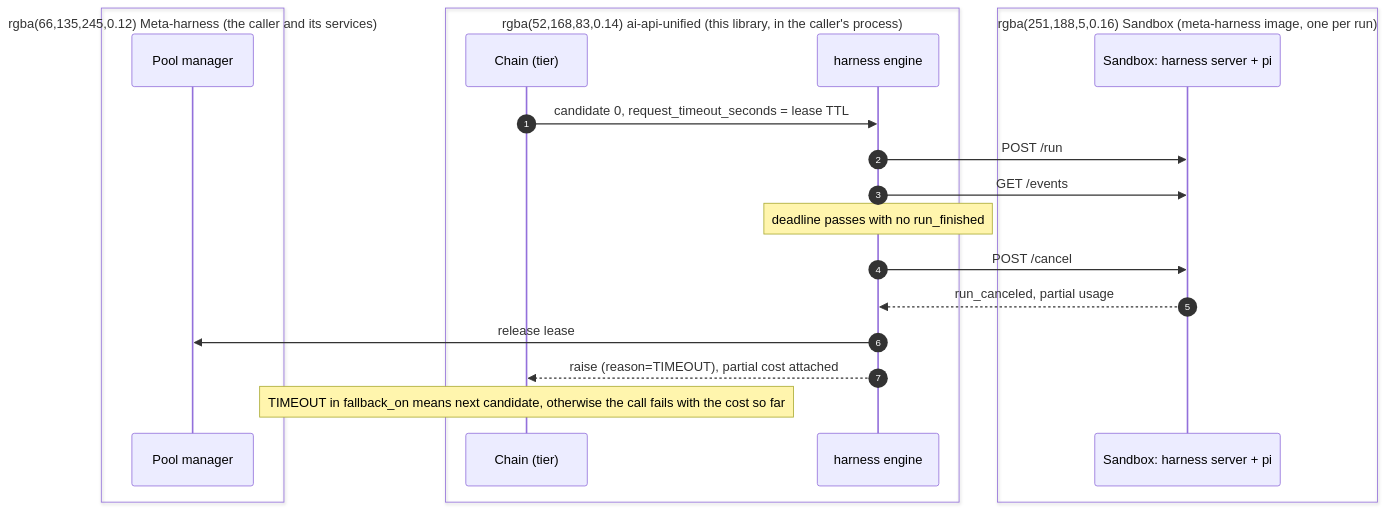
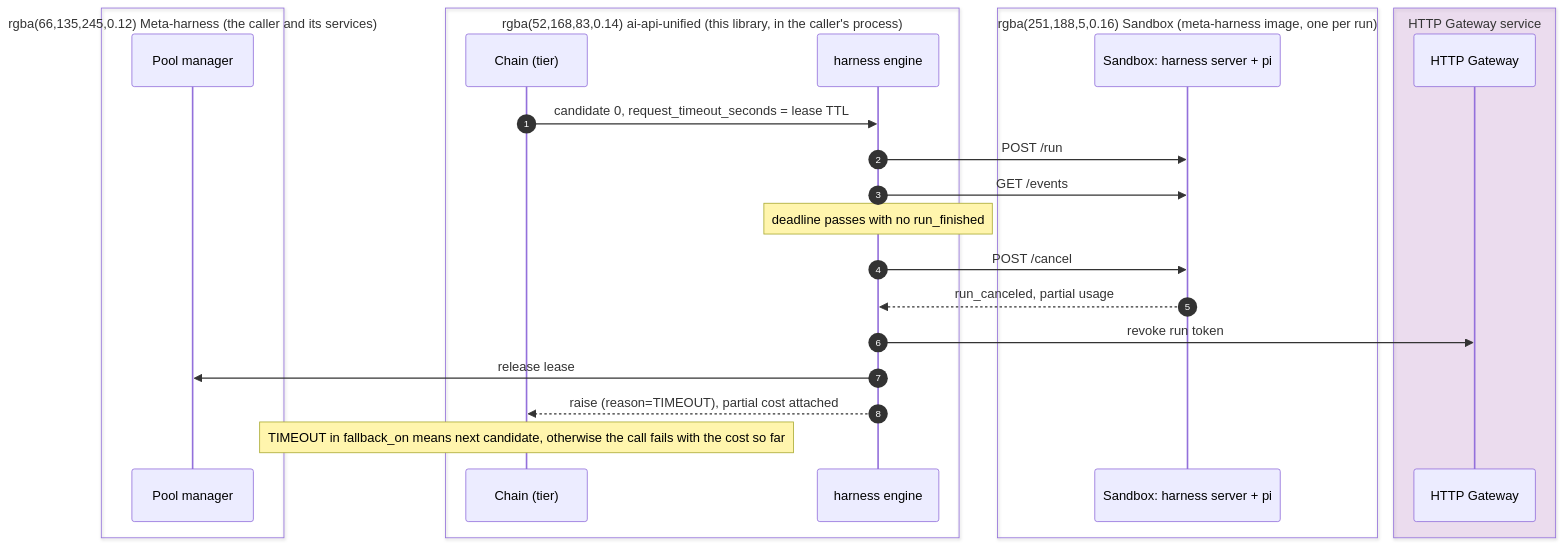
The seventh of 8 diagrams in docs/harness_engine_design.md (davecthomas/ai-api-unified), drawn with Mermaid before and after one commit. The commit also changed other lines of this file, not shown here.

First line of the commit message:
docs/harness-engine-sequences: HTTP Gateway mints run tokens; whole history per turn

````diff
--- a/docs/harness_engine_design.md
+++ b/docs/harness_engine_design.md
@@ -351,24 +356,28 @@
 ```mermaid
 sequenceDiagram
     autonumber
     box rgba(66,135,245,0.12) Meta-harness (the caller and its services)
     participant P as Pool manager
     end
     box rgba(52,168,83,0.14) ai-api-unified (this library, in the caller's process)
     participant F as Chain (tier)
     participant E as harness engine
     end
     box rgba(251,188,5,0.16) Sandbox (meta-harness image, one per run)
     participant S as Sandbox: harness server + pi
     end
+    box rgba(156,39,176,0.12) HTTP Gateway service
+    participant GW as HTTP Gateway
+    end
 
     F->>E: candidate 0, request_timeout_seconds = lease TTL
     E->>S: POST /run
     E->>S: GET /events
     Note over E: deadline passes with no run_finished
     E->>S: POST /cancel
     S-->>E: run_canceled, partial usage
+    E->>GW: revoke run token
     E->>P: release lease
     E-->>F: raise (reason=TIMEOUT), partial cost attached
     Note over F: TIMEOUT in fallback_on means next candidate, otherwise the call fails with the cost so far
 ```
````
